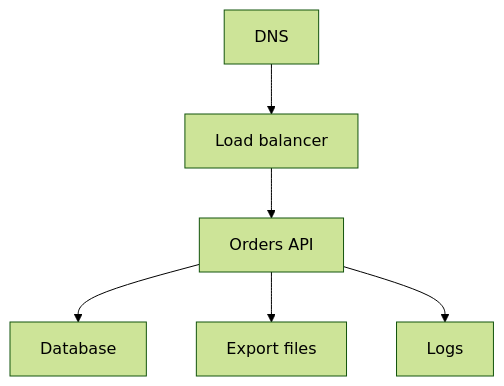
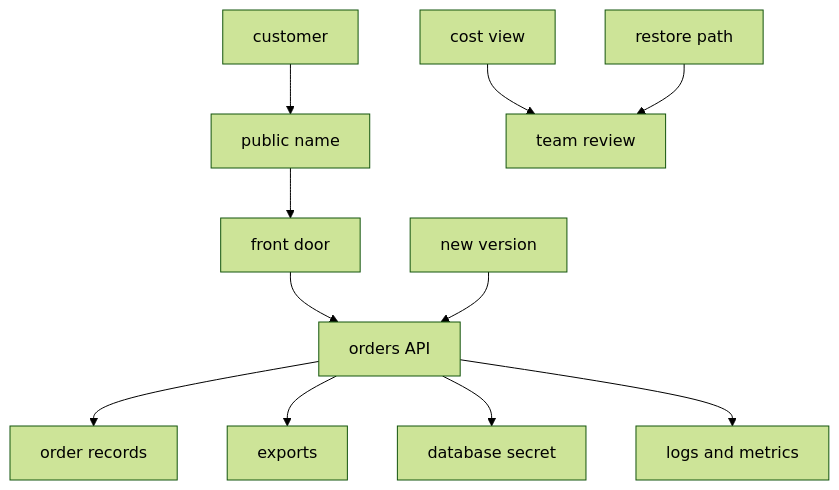
Before and after one commit to senlinyy/dev-roadmaps: the diagram in cloud-providers/aws/foundations/core-services.md, drawn with Mermaid (forest theme). The commit also changed other lines of this file and 275 other files, not shown here.

Commit message:
feat: roadmap structure update

````diff
--- a/cloud-providers/aws/foundations/core-services.md
+++ b/cloud-providers/aws/foundations/core-services.md
@@ -106,8 +83,13 @@
 ```mermaid
 flowchart TD
-    DNS["DNS"] --> ENTRY["Load balancer"]
-    ENTRY --> API["Orders API"]
-    API --> DB["Database"]
-    API --> FILES["Export files"]
-    API --> LOGS["Logs"]
+    User["customer"] --> Name["public name"]
+    Name --> Entry["front door"]
+    Entry --> App["orders API"]
+    App --> Records["order records"]
+    App --> Files["exports"]
+    App --> Secret["database secret"]
+    App --> Evidence["logs and metrics"]
+    Release["new version"] --> App
+    Cost["cost view"] --> Team["team review"]
+    Recovery["restore path"] --> Team
 ```
````
